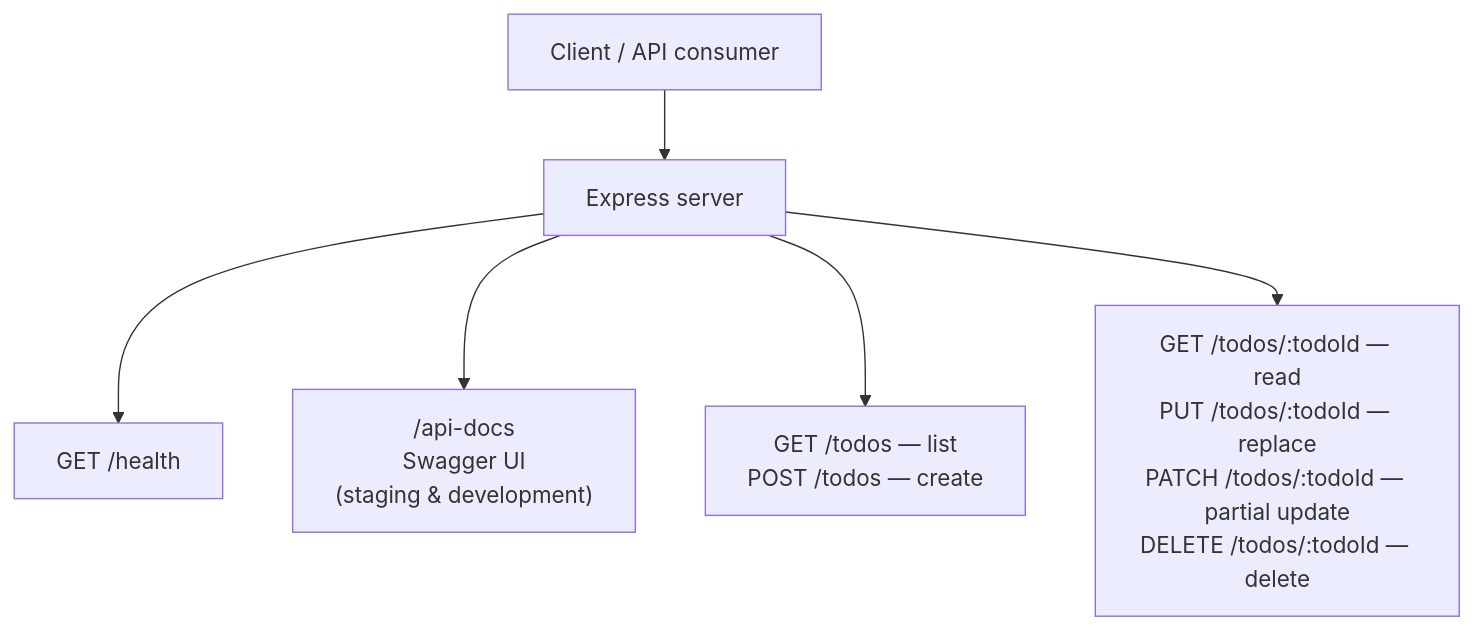
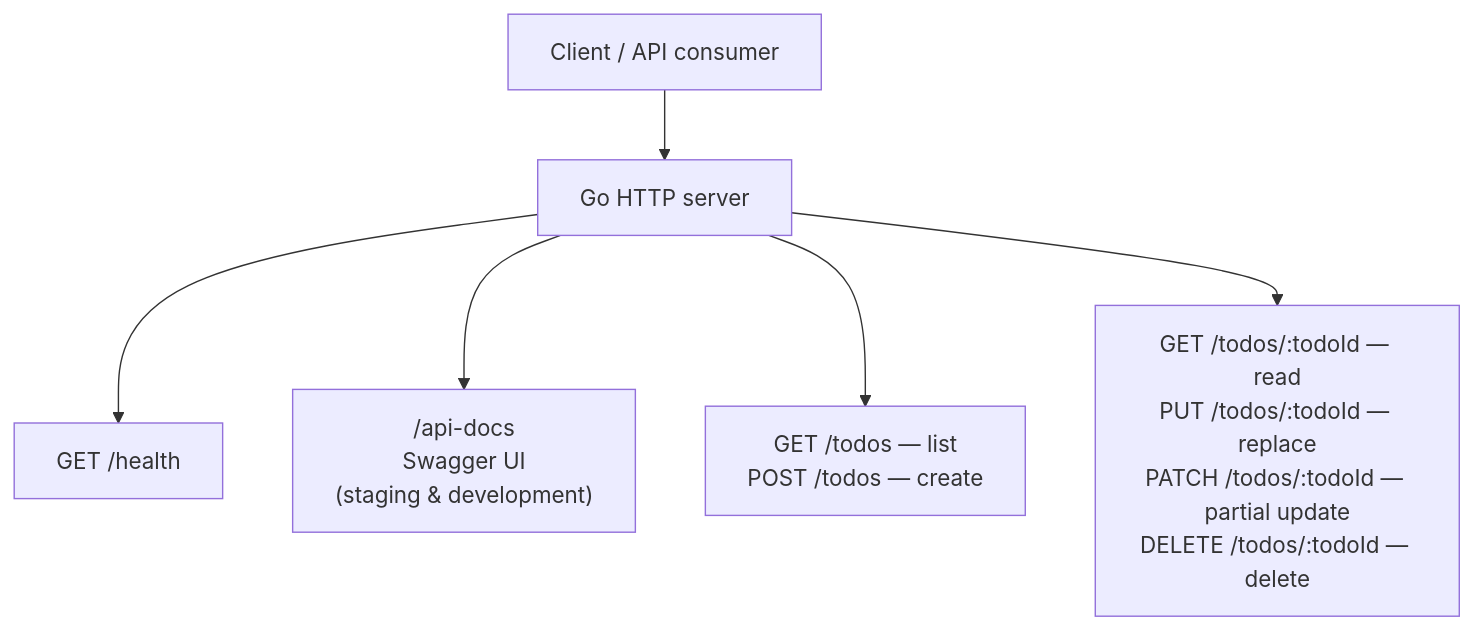
One commit to QCI-Demo-Stage/todo-list-application changed the diagram in README.md. Above: the diagram before and after it, drawn with Mermaid. The commit also changed other lines of this file and 9 other files, not shown here.

````diff
--- a/README.md
+++ b/README.md
@@ -13,15 +13,15 @@
 ```mermaid
 flowchart TB
   Client[Client / API consumer]
-  Server[Express server]
+  Server[Go HTTP server]
   Health[GET /health]
   Docs["/api-docs\nSwagger UI\n(staging & development)"]
   ListCreate["GET /todos — list\nPOST /todos — create"]
   ById["GET /todos/:todoId — read\nPUT /todos/:todoId — replace\nPATCH /todos/:todoId — partial update\nDELETE /todos/:todoId — delete"]
 
   Client --> Server
   Server --> Health
   Server --> Docs
   Server --> ListCreate
   Server --> ById
 ```
````
